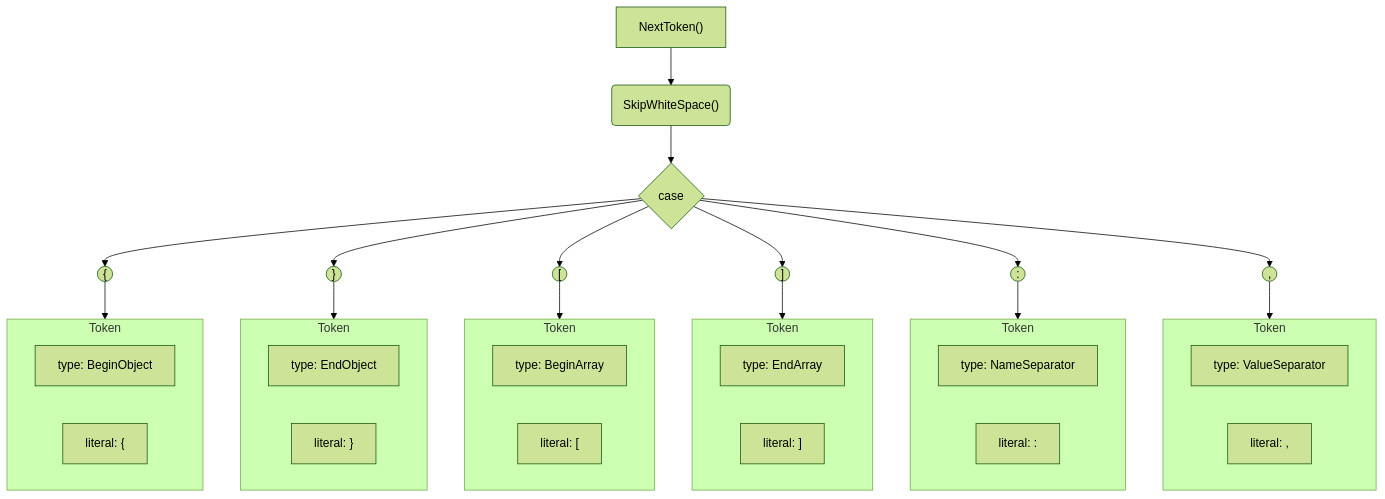
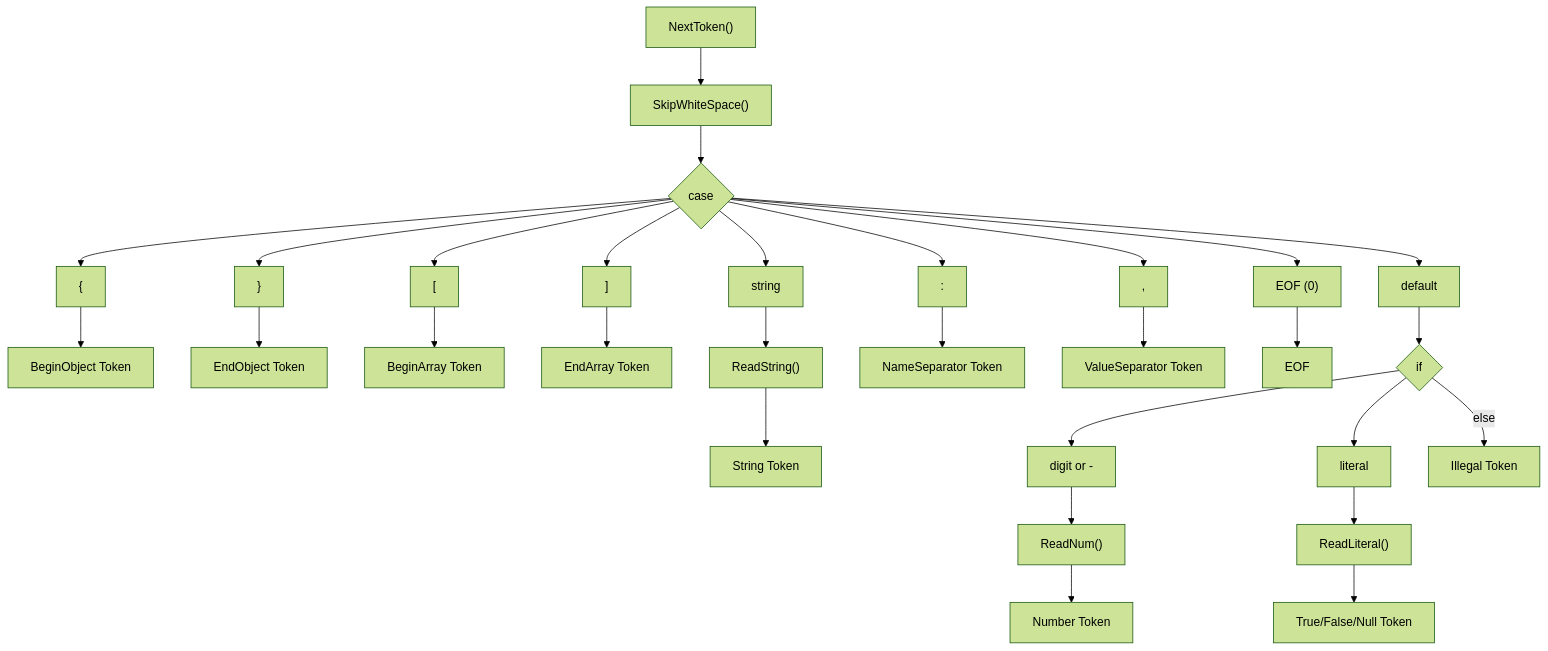
One commit to priyanshsao/coding-challenges-go changed the diagram in challenge-02/diagrams/lexer.mmd. Above: the diagram before and after it, drawn with Mermaid (forest theme).

Commit message:
feat(diagrams): make diagram better in lexer.mmd

```diff
--- a/challenge-02/diagrams/lexer.mmd
+++ b/challenge-02/diagrams/lexer.mmd
@@ -1,51 +1,51 @@
 flowchart TD
 
     %% base structure
-    root["NextToken()"] --> sws("SkipWhiteSpace()") --> case{case}
+    root["NextToken()"] --> sws["SkipWhiteSpace()"] --> case{case}
 
     %% Characters
-    bo(("{"))
-    eo(("}"))
-    ba(("[")) 
-    ea(("]"))
-    ns((":"))
-    vs((","))
+    bo["{"]
+    eo["}"]
+    ba["["]
+    ea["]"]
+    ns[":"]
+    vs[","]
+    str["string"]
+    eof["EOF (0)"]
+    df["default"]
+    dgom["digit or -"]
+    lit["literal"]
+
+    %% Functions
+    rn["ReadNum()"]
+    rl["ReadLiteral()"]
+    rs["ReadString()"]
 
     %% Return values
-    subgraph Rt1["Token"]
-        t1["type: BeginObject"]
-        l1["literal: {"]
-    end
-
-    subgraph Rt2["Token"]
-        t2["type: EndObject"]
-        l2["literal: }"]
-    end
-
-    subgraph Rt3["Token"]
-        t3["type: BeginArray"]
-        l3["literal: ["]
-    end
-
-    subgraph Rt4["Token"]
-        t4["type: EndArray"]
-        l4["literal: ]"]
-    end
-
-    subgraph Rt5["Token"]
-        t5["type: NameSeparator"]
-        l5["literal: :"]
-    end
-
-    subgraph Rt6["Token"]
-        t6["type: ValueSeparator"]
-        l6["literal: ,"]
-    end
+    t_bo["BeginObject Token"]
+    t_eo["EndObject Token"]
+    t_ba["BeginArray Token"]
+    t_ea["EndArray Token"]
+    t_ns["NameSeparator Token"]
+    t_vs["ValueSeparator Token"]
+    t_str["String Token"]
+    t_num["Number Token"]
+    t_lit["True/False/Null Token"]
+    t_eof["EOF"]
+    t_illegal["Illegal Token"]
 
     %% Flow
-    case --> bo --> Rt1
-    case --> eo --> Rt2
-    case --> ba --> Rt3
-    case --> ea --> Rt4
-    case --> ns --> Rt5
-    case --> vs --> Rt6
+    case --> bo --> t_bo
+    case --> eo --> t_eo
+    case --> ba --> t_ba
+    case --> ea --> t_ea
+    case --> str --> rs --> t_str
+    case --> ns --> t_ns
+    case --> vs --> t_vs
+    case --> eof --> t_eof
+
+    case --> df --> cond{if}
+
+    cond --> dgom --> rn --> t_num
+    cond --> lit --> rl --> t_lit
+    cond -->|"else"| t_illegal
```
